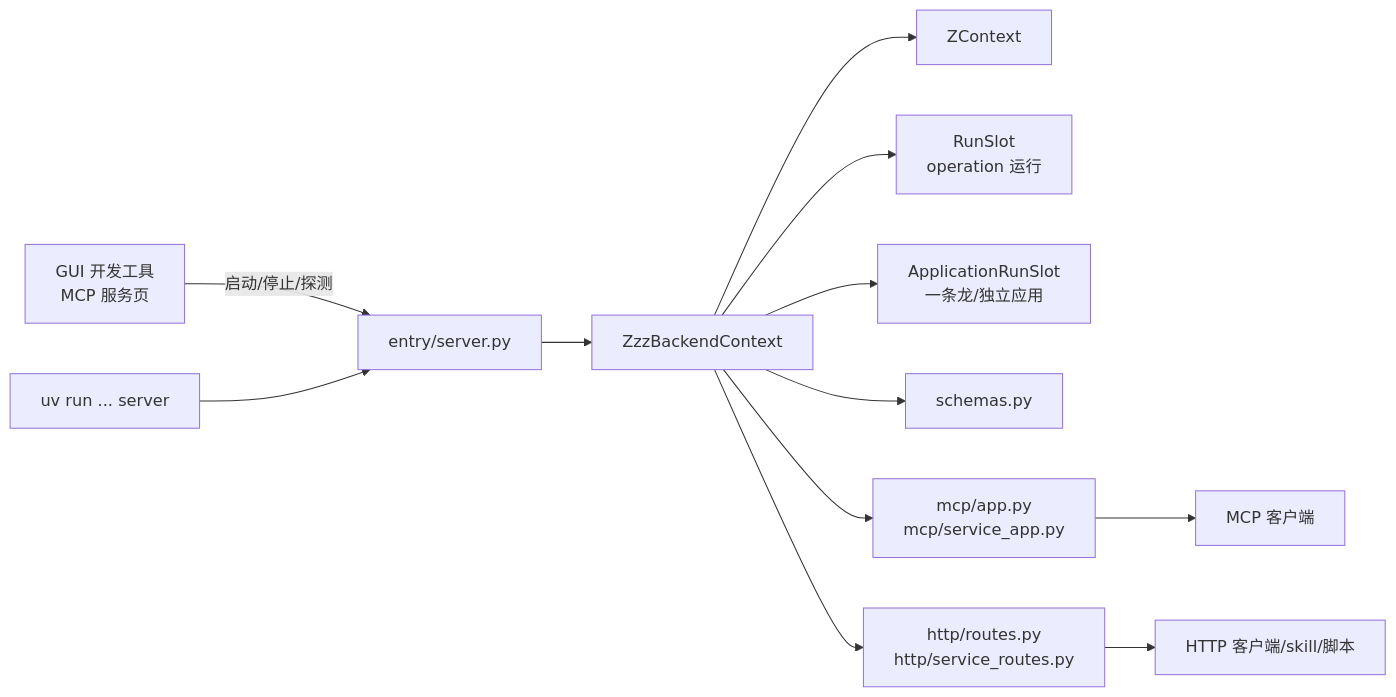
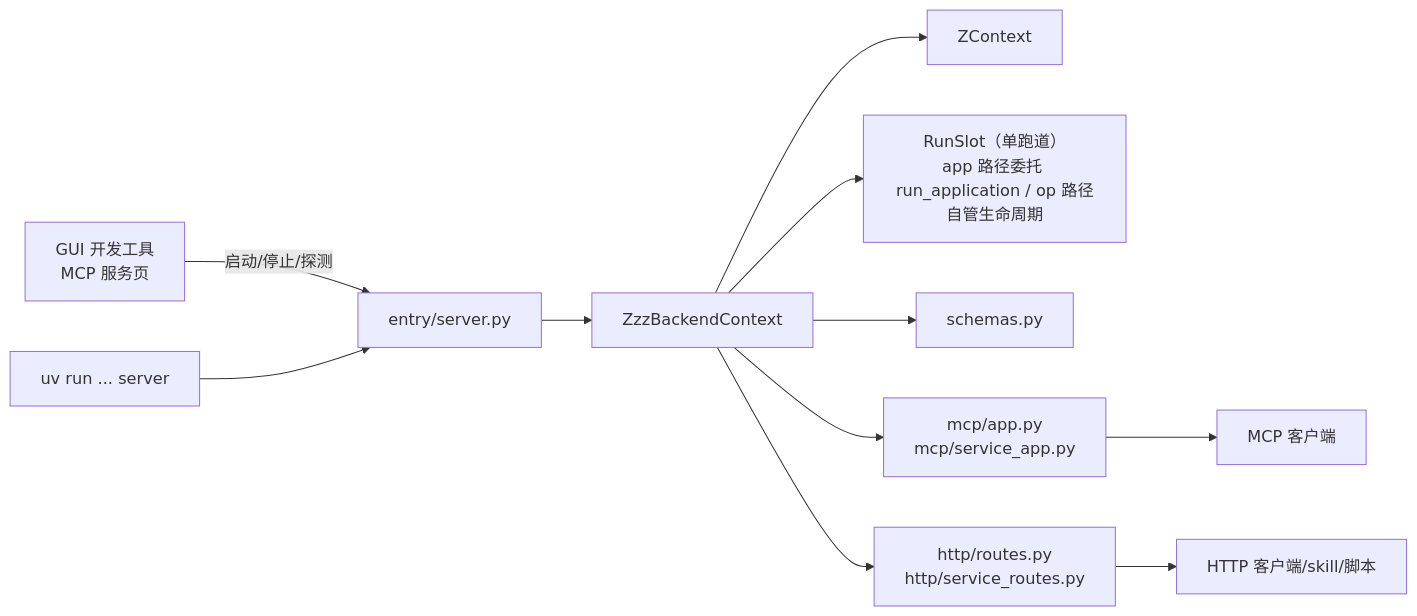
Before and after one commit to OneDragon-Anything/ZenlessZoneZero-OneDragon: the diagram in docs/develop/zzz/backend/README.md, drawn with Mermaid. The commit also changed other lines of this file and 4 other files, not shown here.

First line of the commit message:
docs(backend): 单槽 app/op 分派模型 + 自定义 operation 运行入口

````diff
--- a/docs/develop/zzz/backend/README.md
+++ b/docs/develop/zzz/backend/README.md
@@ -17,14 +17,13 @@
 ```mermaid
 flowchart LR
     GUI["GUI 开发工具<br/>MCP 服务页"] -->|启动/停止/探测| Entry["entry/server.py"]
     CLI["uv run ... server"] --> Entry
     Entry --> Backend["ZzzBackendContext"]
     Backend --> ZContext["ZContext"]
-    Backend --> BasicSlot["RunSlot<br/>operation 运行"]
-    Backend --> AppSlot["ApplicationRunSlot<br/>一条龙/独立应用"]
+    Backend --> RunSlot["RunSlot（单跑道）<br/>app 路径委托 run_application / op 路径自管生命周期"]
     Backend --> Schemas["schemas.py"]
     Backend --> MCP["mcp/app.py<br/>mcp/service_app.py"]
     Backend --> HTTP["http/routes.py<br/>http/service_routes.py"]
     MCP --> Client["MCP 客户端"]
     HTTP --> Tooling["HTTP 客户端/skill/脚本"]
 ```
````
